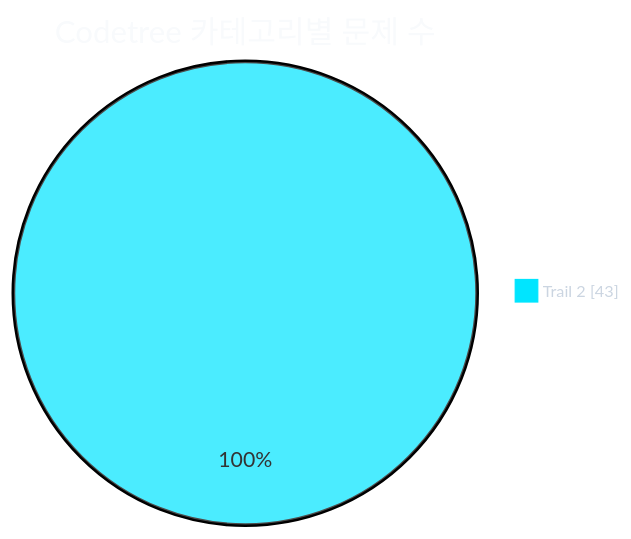
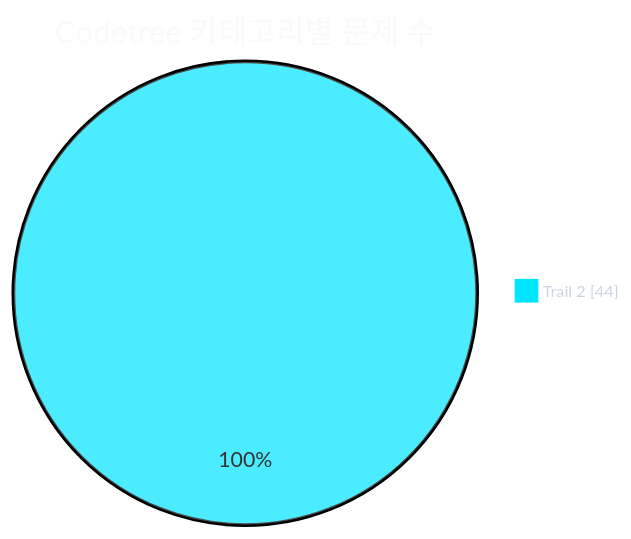
Before and after one commit to CHOOSLA/Algorithm: the first of 2 diagrams in readme.md, drawn with Mermaid. The commit also changed other lines of this file and 2 other files, not shown here.

````diff
--- a/readme.md
+++ b/readme.md
@@ -31,21 +31,21 @@
 ```mermaid
 ---
 config:
   theme: base
   themeVariables:
     background: '#0d1117'
     pieTitleTextColor: '#f8fafc'
     pieLegendTextColor: '#cbd5e1'
     pieLegendTextSize: '13px'
     pie1: '#00e5ff'
     pie2: '#22c55e'
     pie3: '#f59e0b'
     pie4: '#a855f7'
     pie5: '#ec4899'
     pie6: '#3b82f6'
     pie7: '#64748b'
 ---
 pie showData
   title Codetree 카테고리별 문제 수
-  "Trail 2" : 43
+  "Trail 2" : 44
 ```
````
